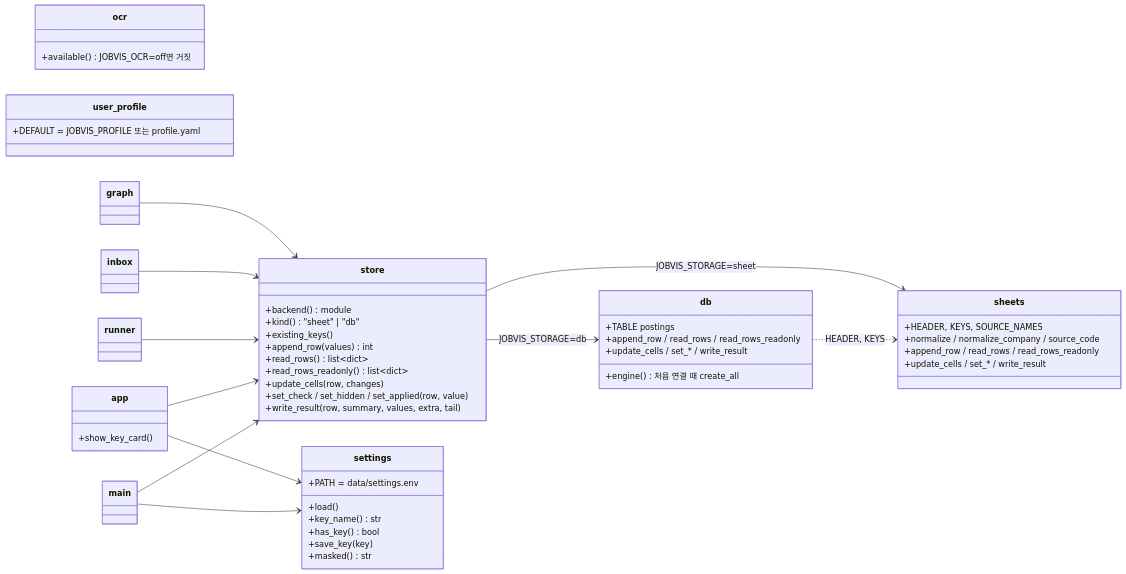
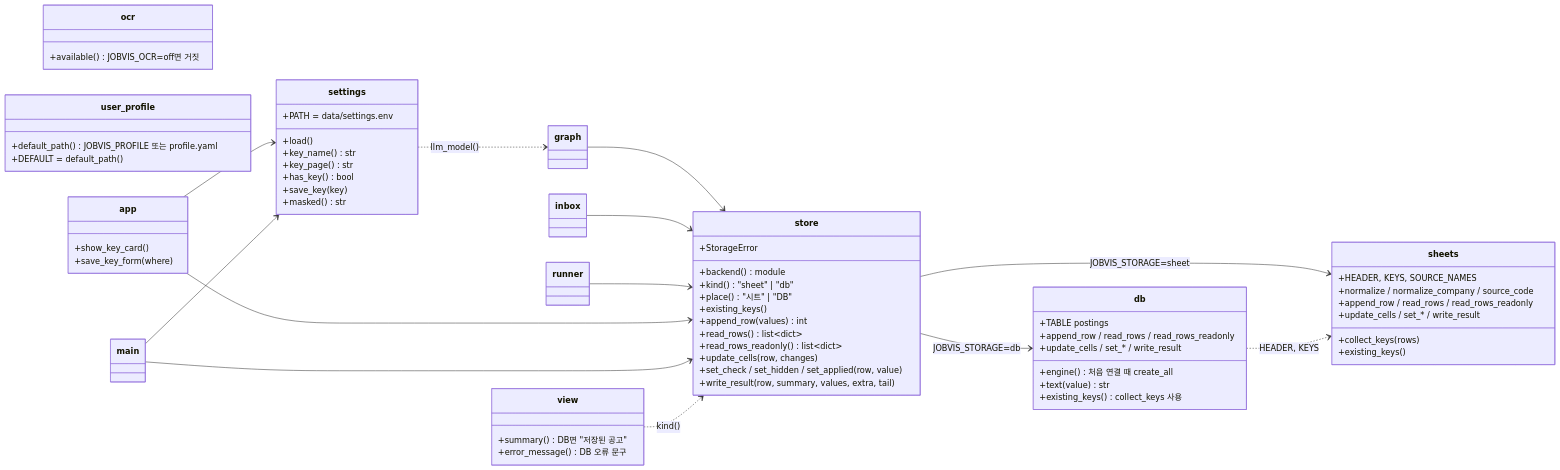
The first of 4 diagrams in docs/v0.6/02-design.md (wogud98/jobvis), drawn with Mermaid before and after one commit. The commit also changed other lines of this file and 28 other files, not shown here.

````diff
--- a/docs/v0.6/02-design.md
+++ b/docs/v0.6/02-design.md
@@ -28,58 +28,73 @@
 ```mermaid
 classDiagram
     direction LR
     class store {
+        +StorageError
         +backend() module
         +kind() "sheet" | "db"
+        +place() "시트" | "DB"
         +existing_keys()
         +append_row(values) int
         +read_rows() list~dict~
         +read_rows_readonly() list~dict~
         +update_cells(row, changes)
         +set_check / set_hidden / set_applied(row, value)
         +write_result(row, summary, values, extra, tail)
     }
     class sheets {
         +HEADER, KEYS, SOURCE_NAMES
         +normalize / normalize_company / source_code
+        +collect_keys(rows)
+        +existing_keys()
         +append_row / read_rows / read_rows_readonly
         +update_cells / set_* / write_result
     }
     class db {
         +TABLE postings
         +engine() 처음 연결 때 create_all
+        +text(value) str
+        +existing_keys() collect_keys 사용
         +append_row / read_rows / read_rows_readonly
         +update_cells / set_* / write_result
     }
     class settings {
         +PATH = data/settings.env
         +load()
         +key_name() str
+        +key_page() str
         +has_key() bool
         +save_key(key)
         +masked() str
     }
     class ocr {
         +available() JOBVIS_OCR=off면 거짓
     }
     class user_profile {
-        +DEFAULT = JOBVIS_PROFILE 또는 profile.yaml
+        +default_path() JOBVIS_PROFILE 또는 profile.yaml
+        +DEFAULT = default_path()
+    }
+    class view {
+        +summary() DB면 "저장된 공고"
+        +error_message() DB 오류 문구
     }
     class graph
     class inbox
     class runner
     class app {
         +show_key_card()
+        +save_key_form(where)
     }
     class main
     graph --> store
     inbox --> store
     runner --> store
     app --> store
     main --> store
     store --> sheets : JOBVIS_STORAGE=sheet
     store --> db : JOBVIS_STORAGE=db
     db ..> sheets : HEADER, KEYS
     app --> settings
     main --> settings
+    settings ..> graph : llm_model()
+    view ..> store : kind()
 ```
````
